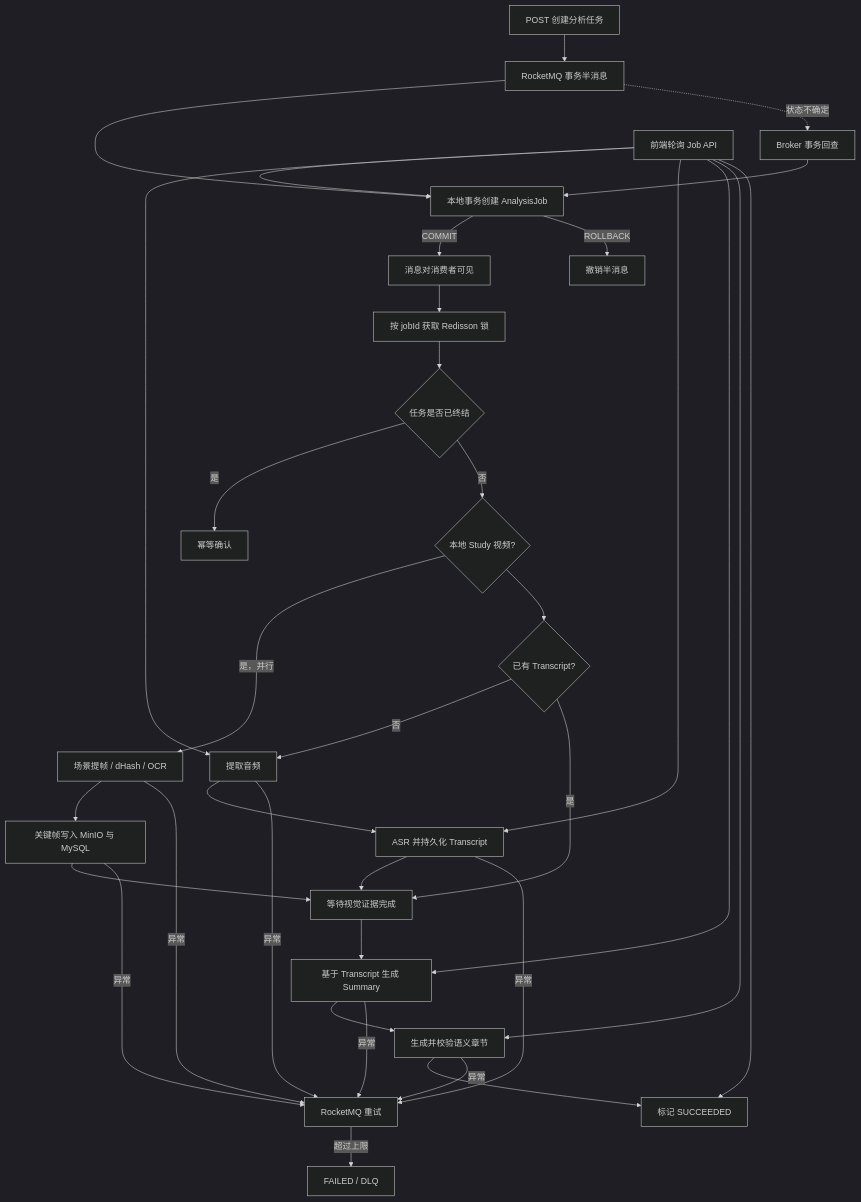
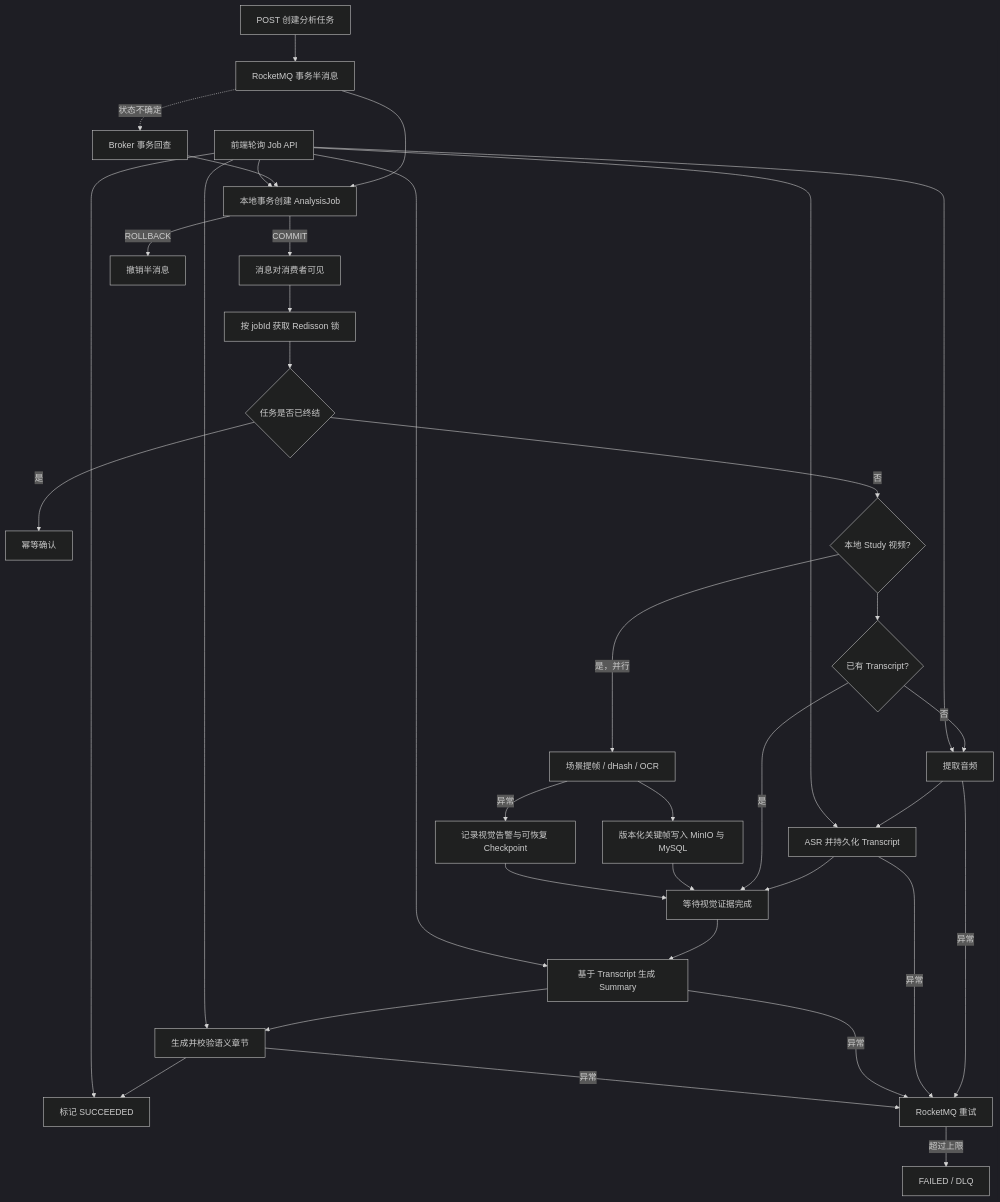
Before and after one commit to yumestk/VedioMind: the diagram in README.md, drawn with Mermaid (dark theme). The commit also changed other lines of this file and 27 other files, not shown here.

````diff
--- a/README.md
+++ b/README.md
@@ -41,40 +42,40 @@
 ```mermaid
 flowchart TD
     A[POST 创建分析任务] --> B[RocketMQ 事务半消息]
     B --> C[本地事务创建 AnalysisJob]
     C -->|COMMIT| D[消息对消费者可见]
     C -->|ROLLBACK| E[撤销半消息]
     B -. 状态不确定 .-> F[Broker 事务回查]
     F --> C
 
     D --> G[按 jobId 获取 Redisson 锁]
     G --> H{任务是否已终结}
     H -->|是| I[幂等确认]
     H -->|否| V{本地 Study 视频?}
     V -->|是，并行| W[场景提帧 / dHash / OCR]
-    W --> X[关键帧写入 MinIO 与 MySQL]
+    W --> X[版本化关键帧写入 MinIO 与 MySQL]
     V --> R{已有 Transcript?}
     R -->|否| J[提取音频]
     J --> K[ASR 并持久化 Transcript]
     K --> Y[等待视觉证据完成]
     R -->|是| Y
     X --> Y
+    W -->|异常| Z[记录视觉告警与可恢复 Checkpoint]
+    Z --> Y
     Y --> L[基于 Transcript 生成 Summary]
     L --> Q[生成并校验语义章节]
     Q --> M[标记 SUCCEEDED]
 
     J -->|异常| N[RocketMQ 重试]
     K -->|异常| N
     L -->|异常| N
     Q -->|异常| N
-    W -->|异常| N
-    X -->|异常| N
     N -->|超过上限| O[FAILED / DLQ]
 
     P[前端轮询 Job API] --> C
     P --> J
     P --> K
     P --> L
     P --> Q
     P --> M
 ```
````
